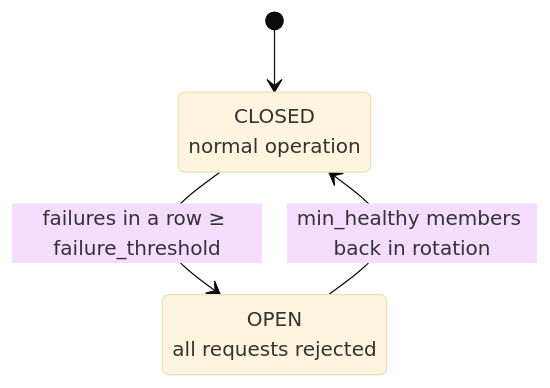
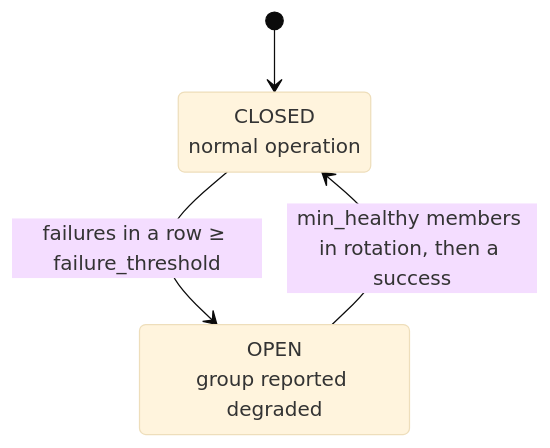
The diagram in guides/MCP_SERVER_GROUPS.md (mcp-hangar/docs), drawn with Mermaid (base theme) before and after one commit. The commit also changed other lines of this file and 3 other files, not shown here.

First line of the commit message:
docs(guides): an open group circuit refuses a call only when no member is in rotation (#344)

````diff
--- a/guides/MCP_SERVER_GROUPS.md
+++ b/guides/MCP_SERVER_GROUPS.md
@@ -297,9 +305,9 @@
 ```mermaid
 stateDiagram-v2
     CLOSED: CLOSED<br/>normal operation
-    OPEN: OPEN<br/>all requests rejected
+    OPEN: OPEN<br/>group reported degraded
 
     [*] --> CLOSED
     CLOSED --> OPEN: failures in a row ≥ failure_threshold
-    OPEN --> CLOSED: min_healthy members back in rotation
+    OPEN --> CLOSED: min_healthy members in rotation, then a success
 ```
````
